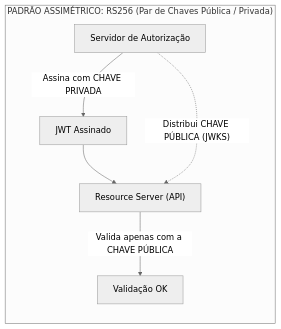
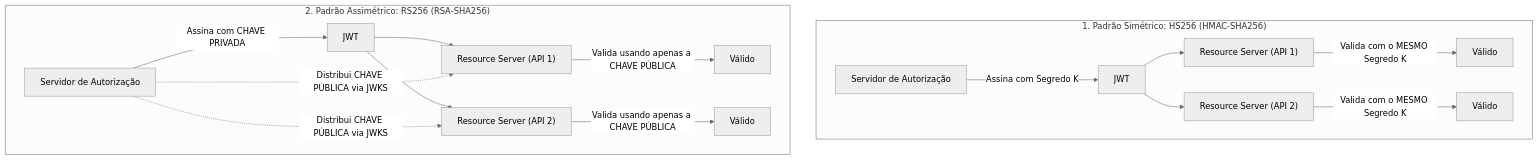
Before and after one commit to thiagosantos346/TCE-GO-2027: the seventh of 7 diagrams in fontes_de_estudo/conhecimentos_especificos_b02_ti/05_desenvolvimento_de_sistemas/05_autenticacao_identidade_oauth2_oidc_jwt.md, drawn with Mermaid (neutral theme). The commit also changed other lines of this file and 119 other files, not shown here.

````diff
--- a/fontes_de_estudo/conhecimentos_especificos_b02_ti/05_desenvolvimento_de_sistemas/05_autenticacao_identidade_oauth2_oidc_jwt.md
+++ b/fontes_de_estudo/conhecimentos_especificos_b02_ti/05_desenvolvimento_de_sistemas/05_autenticacao_identidade_oauth2_oidc_jwt.md
@@ -215,9 +279,19 @@
 ```mermaid
-flowchart LR
-    subgraph Assimetrico["PADRÃO ASSIMÉTRICO: RS256 (Par de Chaves Pública / Privada)"]
-        AS2["Servidor de Autorização"] -->|"Assina com CHAVE PRIVADA"| JWT2["JWT Assinado"]
-        JWT2 --> RS2["Resource Server (API)"]
-        AS2 -.->|"Distribui CHAVE PÚBLICA (JWKS)"| RS2
-        RS2 -->|"Valida apenas com a CHAVE PÚBLICA"| V2["Validação OK"]
+flowchart TD
+    subgraph Simetrico["1. Padrão Simétrico: HS256 (HMAC-SHA256)"]
+        AS1["Servidor de Autorização"] -->|"Assina com Segredo K"| T1["JWT"]
+        T1 --> RS1["Resource Server (API 1)"]
+        T1 --> RS2["Resource Server (API 2)"]
+        RS1 -->|"Valida com o MESMO Segredo K"| OK1["Válido"]
+        RS2 -->|"Valida com o MESMO Segredo K"| OK2["Válido"]
+    end
+    subgraph Assimetrico["2. Padrão Assimétrico: RS256 (RSA-SHA256)"]
+        AS2["Servidor de Autorização"] -->|"Assina com CHAVE PRIVADA"| T2["JWT"]
+        T2 --> RS3["Resource Server (API 1)"]
+        T2 --> RS4["Resource Server (API 2)"]
+        AS2 -.->|"Distribui CHAVE PÚBLICA via JWKS"| RS3
+        AS2 -.->|"Distribui CHAVE PÚBLICA via JWKS"| RS4
+        RS3 -->|"Valida usando apenas a CHAVE PÚBLICA"| OK3["Válido"]
+        RS4 -->|"Valida usando apenas a CHAVE PÚBLICA"| OK4["Válido"]
     end
 ```
````
